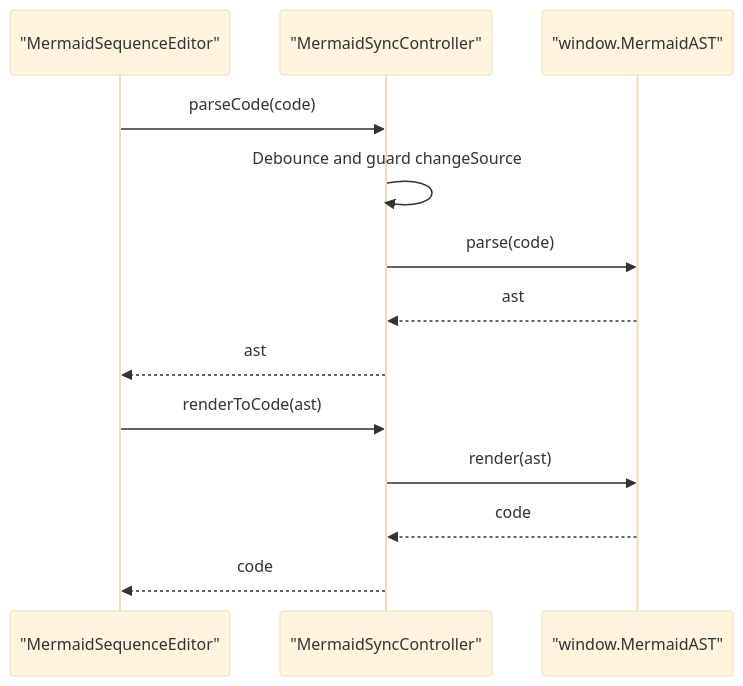
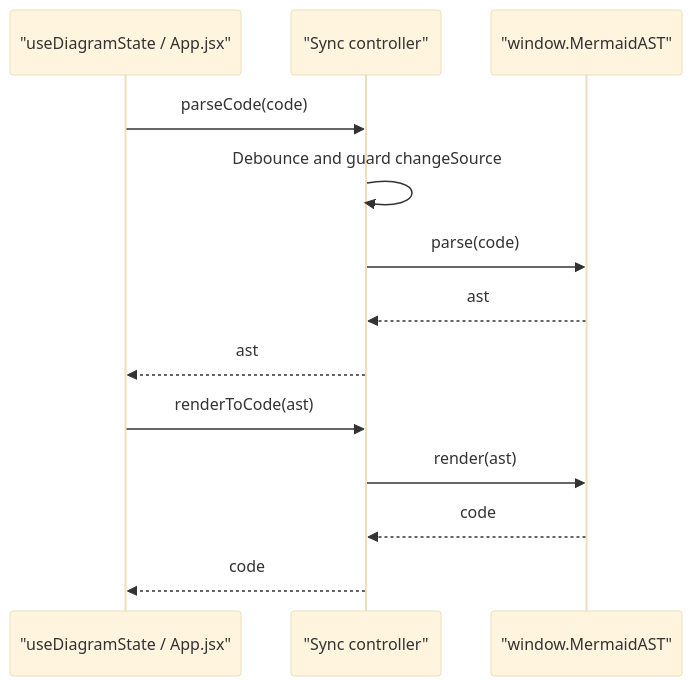
Before and after one commit to ongchonghian/universal-diagram-editor: the fourth of 8 diagrams in .qoder/repowiki/en/content/Diagram Types and Formats/Mermaid Diagrams/Sequence Diagrams.md, drawn with Mermaid (base theme). The commit also changed other lines of this file and 31 other files, not shown here.

````diff
--- a/.qoder/repowiki/en/content/Diagram Types and Formats/Mermaid Diagrams/Sequence Diagrams.md
+++ b/.qoder/repowiki/en/content/Diagram Types and Formats/Mermaid Diagrams/Sequence Diagrams.md
@@ -160,15 +145,15 @@
 ```mermaid
 sequenceDiagram
-participant UI as "MermaidSequenceEditor"
-participant Ctrl as "MermaidSyncController"
+participant UI as "useDiagramState / App.jsx"
+participant Ctrl as "Sync controller"
 participant AST as "window.MermaidAST"
 UI->>Ctrl : parseCode(code)
 Ctrl->>Ctrl : Debounce and guard changeSource
 Ctrl->>AST : parse(code)
 AST-->>Ctrl : ast
 Ctrl-->>UI : ast
 UI->>Ctrl : renderToCode(ast)
 Ctrl->>AST : render(ast)
 AST-->>Ctrl : code
 Ctrl-->>UI : code
 ```
````
